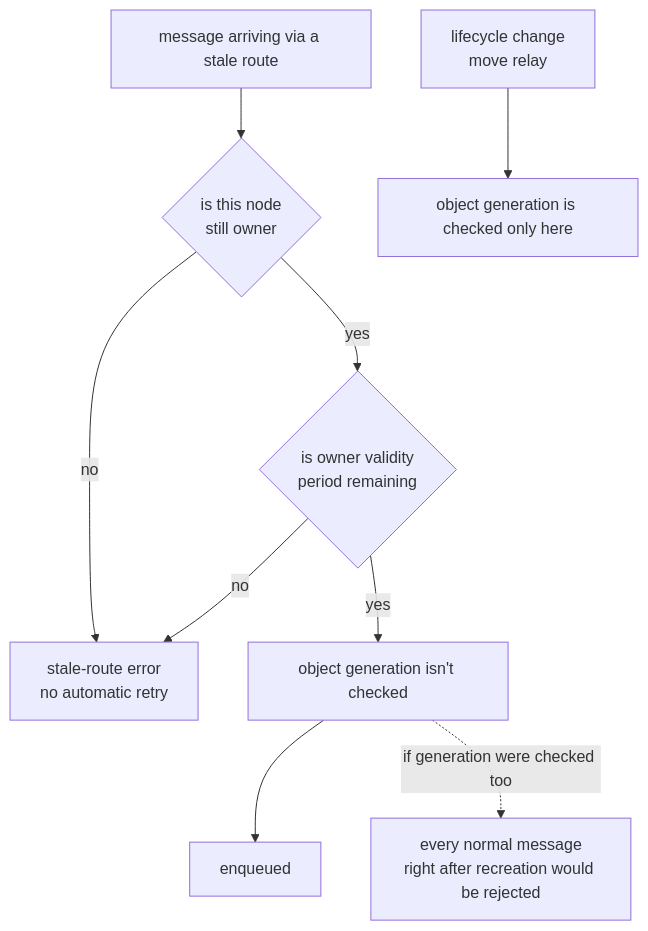
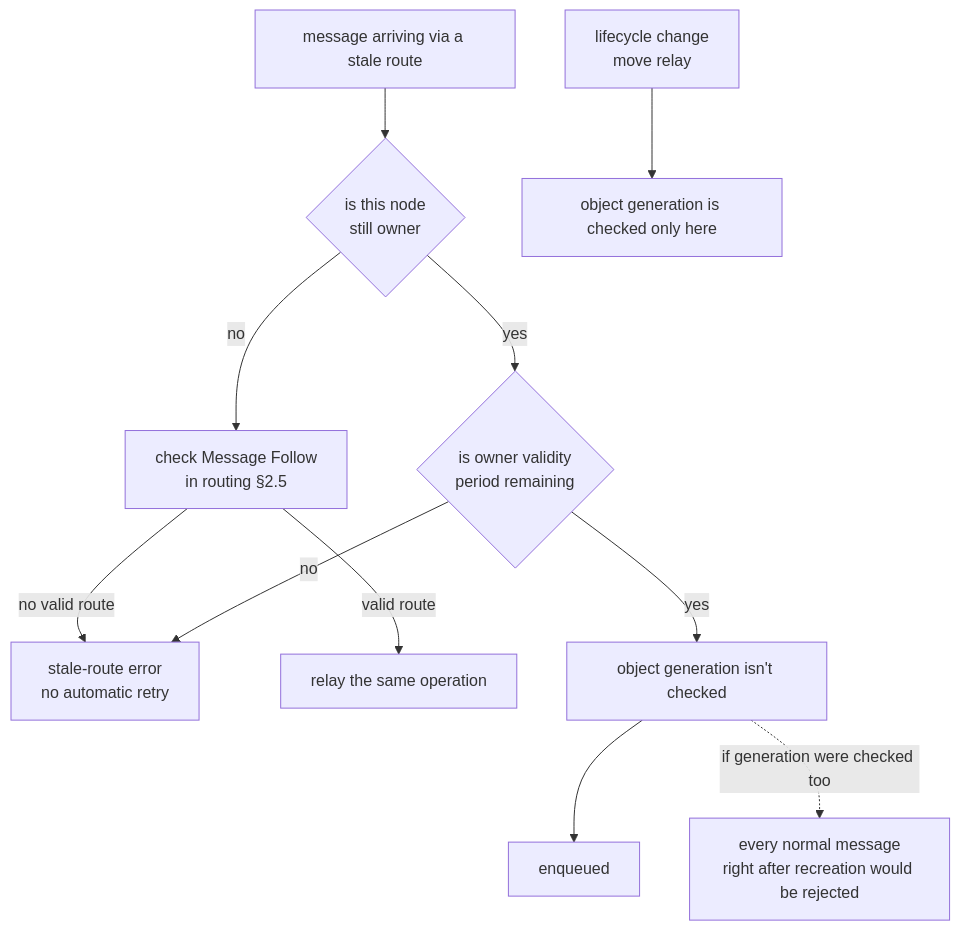
The second of 2 diagrams in framework/doc/framework/common/spec/server/03-spot-actor/09-object-lifecycle.en.md (zlink-systems/zlink), drawn with Mermaid before and after one commit. The commit also changed other lines of this file and 73 other files, not shown here.

````diff
--- a/framework/doc/framework/common/spec/server/03-spot-actor/09-object-lifecycle.en.md
+++ b/framework/doc/framework/common/spec/server/03-spot-actor/09-object-lifecycle.en.md
@@ -181,11 +184,13 @@
 ```mermaid
 flowchart TB
     M["message arriving via a stale route"] --> O{"is this node<br/>still owner"}
-    O -- "no" --> X["stale-route error<br/>no automatic retry"]
+    O -- "no" --> F["check Message Follow<br/>in routing §2.5"]
+    F -- "no valid route" --> X["stale-route error<br/>no automatic retry"]
+    F -- "valid route" --> R["relay the same operation"]
     O -- "yes" --> L{"is owner validity<br/>period remaining"}
     L -- "no" --> X
     L -- "yes" --> G["object generation isn't checked"]
     G --> Q["enqueued"]
     G -. "if generation were checked too" .-> W["every normal message<br/>right after recreation would be rejected"]
     K["lifecycle change<br/>move relay"] --> GEN["object generation is checked only here"]
 ```
````
